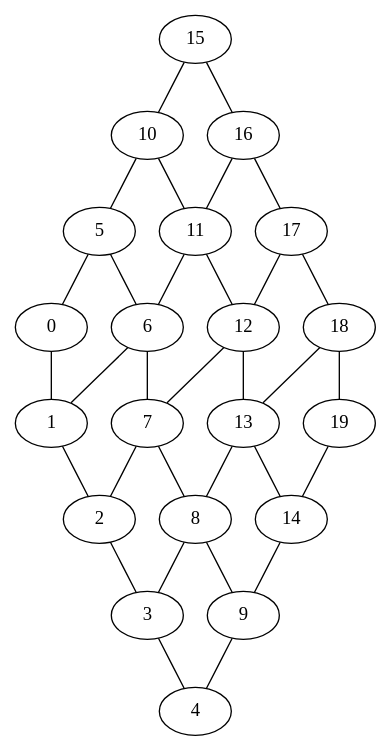
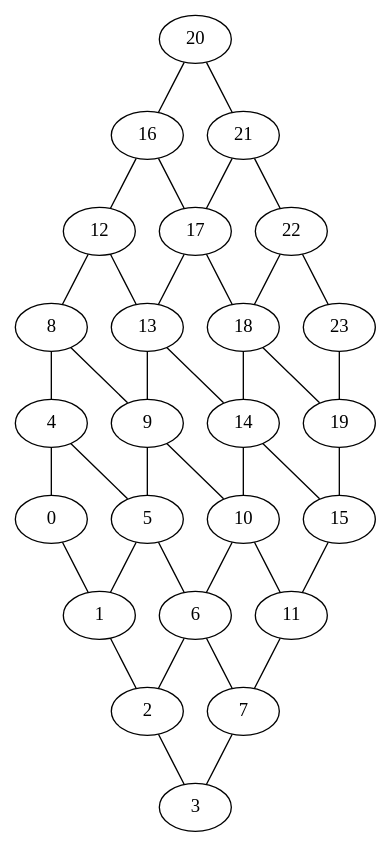
The diagram in partition/labyrinthe.dot (corentinckf/projetZ1), drawn with Graphviz before and after one commit. The commit also changed 25 other files, not shown here.

```diff
--- a/partition/labyrinthe.dot
+++ b/partition/labyrinthe.dot
@@ -1,53 +1,64 @@
 graph {
 	0
 	1
 	2
 	3
 	4
 	5
 	6
 	7
 	8
 	9
 	10
 	11
 	12
 	13
 	14
 	15
 	16
 	17
 	18
 	19
+	20
+	21
+	22
+	23
 	0 -- 1
 	1 -- 2
 	2 -- 3
-	3 -- 4
+	4 -- 5
+	4 -- 0
 	5 -- 6
-	5 -- 0
+	5 -- 1
 	6 -- 7
-	6 -- 1
-	7 -- 8
-	7 -- 2
+	6 -- 2
+	7 -- 3
 	8 -- 9
-	8 -- 3
-	9 -- 4
+	8 -- 4
+	9 -- 10
+	9 -- 5
 	10 -- 11
-	10 -- 5
-	11 -- 12
-	11 -- 6
+	10 -- 6
+	11 -- 7
 	12 -- 13
-	12 -- 7
+	12 -- 8
 	13 -- 14
-	13 -- 8
-	14 -- 9
-	15 -- 16
-	15 -- 10
+	13 -- 9
+	14 -- 15
+	14 -- 10
+	15 -- 11
 	16 -- 17
-	16 -- 11
+	16 -- 12
 	17 -- 18
-	17 -- 12
+	17 -- 13
 	18 -- 19
-	18 -- 13
-	19 -- 14
+	18 -- 14
+	19 -- 15
+	20 -- 21
+	20 -- 16
+	21 -- 22
+	21 -- 17
+	22 -- 23
+	22 -- 18
+	23 -- 19
 }
```
